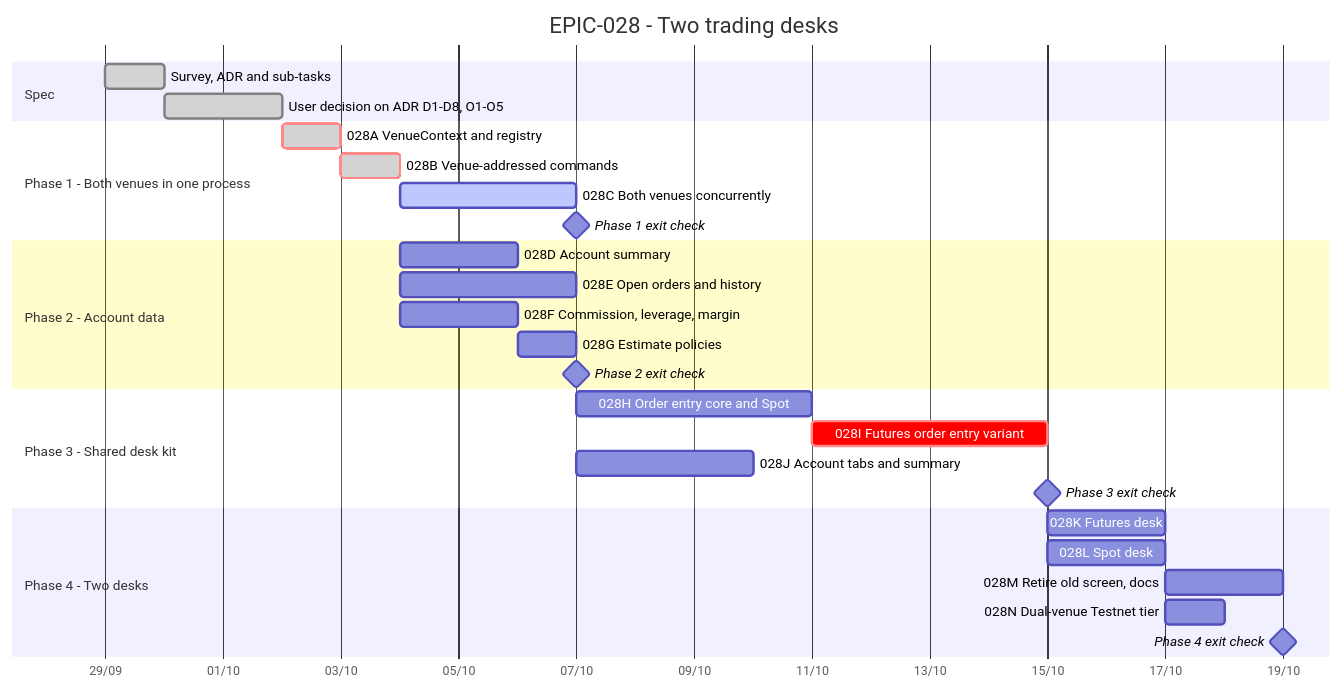
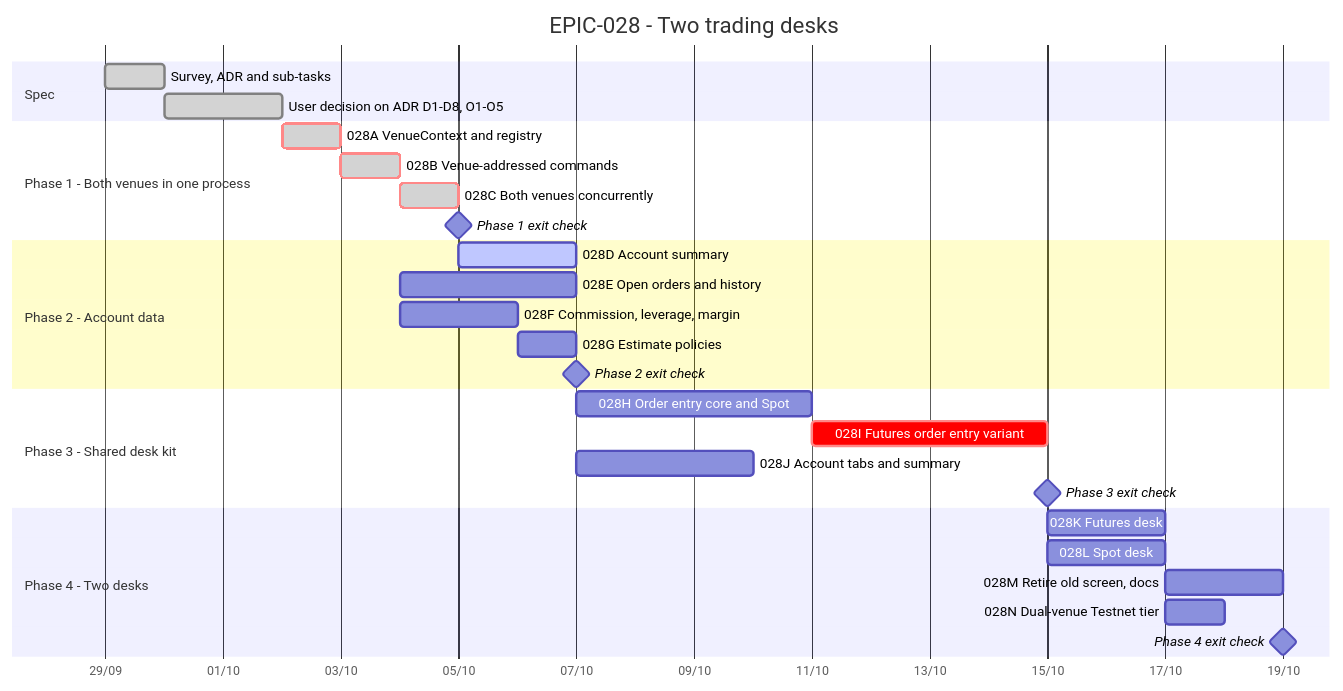
One commit to anhembedded/Sagittarius_Elite_Warrior changed the diagram in Tasks/epics/EPIC-028_futures_and_spot_trading_desks/TRACKING.md. Above: the diagram before and after it, drawn with Mermaid. The commit also changed other lines of this file and 4 other files, not shown here.

````diff
--- a/Tasks/epics/EPIC-028_futures_and_spot_trading_desks/TRACKING.md
+++ b/Tasks/epics/EPIC-028_futures_and_spot_trading_desks/TRACKING.md
@@ -15,37 +15,37 @@
 ```mermaid
 gantt
     title EPIC-028 - Two trading desks
     dateFormat  YYYY-MM-DD
     axisFormat  %d/%m
     todayMarker stroke-width:2px,stroke:#d33,opacity:0.6
 
     section Spec
     Survey, ADR and sub-tasks              :done,    s1, 2026-09-29, 1d
     User decision on ADR D1-D8, O1-O5      :done,    s2, after s1, 2d
 
     section Phase 1 - Both venues in one process
     028A VenueContext and registry         :crit, done, a, after s2, 1d
     028B Venue-addressed commands          :crit, done, b, after a, 1d
-    028C Both venues concurrently          :active,  c, after b, 3d
+    028C Both venues concurrently          :crit, done, c, after b, 1d
     Phase 1 exit check                     :milestone, m1, after c, 0d
 
     section Phase 2 - Account data
-    028D Account summary                   :         d, after b, 2d
+    028D Account summary                   :active,  d, after c, 2d
     028E Open orders and history           :         e, after b, 3d
     028F Commission, leverage, margin      :         f, after b, 2d
     028G Estimate policies                 :         g, after f, 1d
     Phase 2 exit check                     :milestone, m2, after e, 0d
 
     section Phase 3 - Shared desk kit
     028H Order entry core and Spot         :         h, after g, 4d
     028I Futures order entry variant       :crit,    i, after h, 4d
     028J Account tabs and summary          :         j, after e, 3d
     Phase 3 exit check                     :milestone, m3, after i, 0d
 
     section Phase 4 - Two desks
     028K Futures desk                      :         k, after m3, 2d
     028L Spot desk                         :         l, after m3, 2d
     028M Retire old screen, docs           :         mm, after k, 2d
     028N Dual-venue Testnet tier           :         n, after l, 1d
     Phase 4 exit check                     :milestone, m4, after mm, 0d
 ```
````
